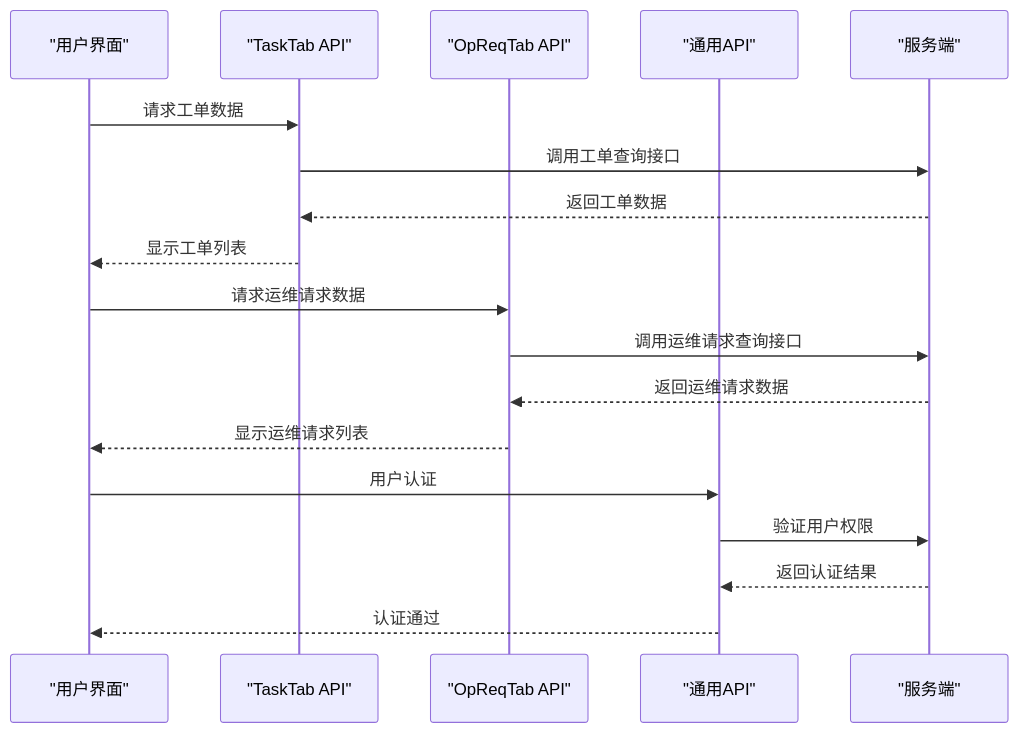
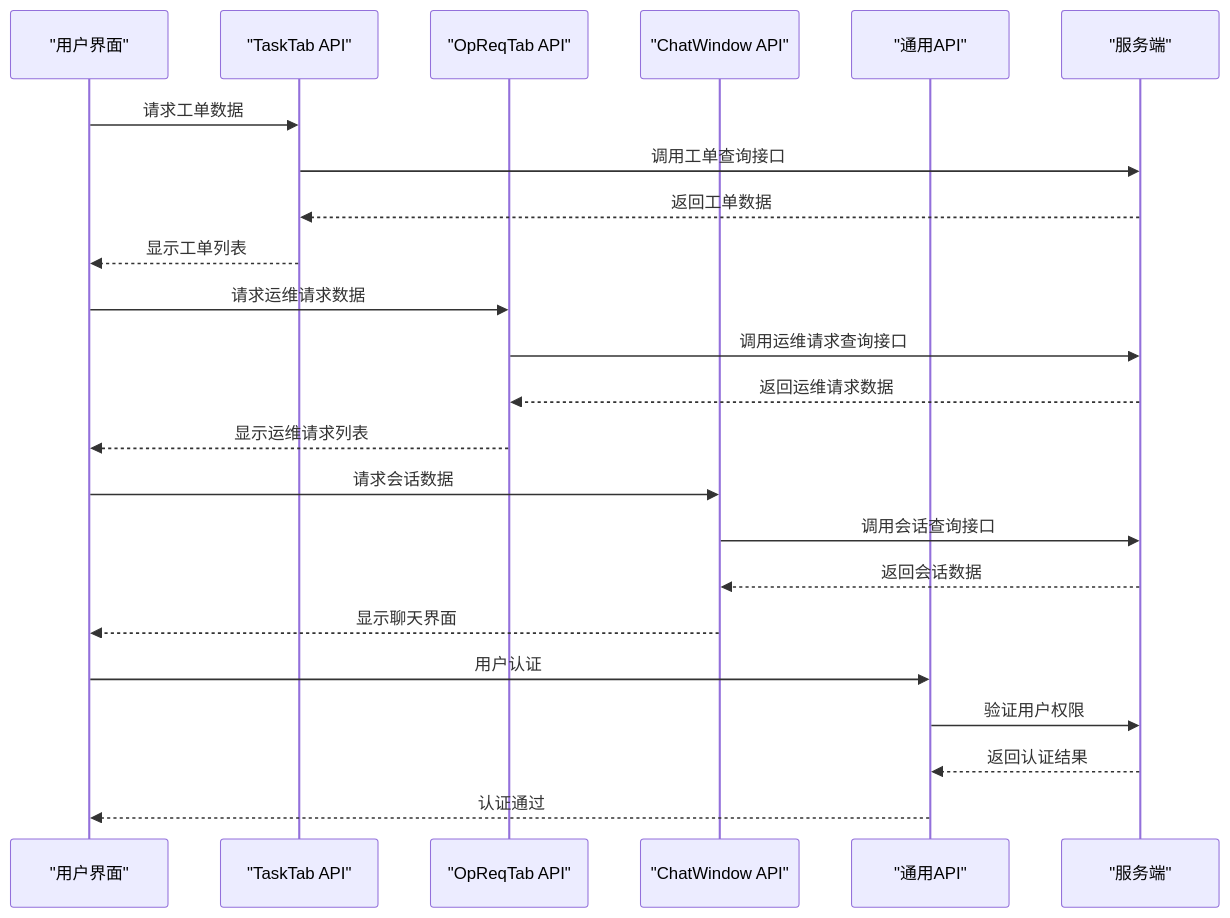
Diagram 15 of 16 in .qoder/repowiki/zh/content/核心模块/客户服务模块.md (xiaoche80s-tech/rouyi-vue-pro), drawn with Mermaid before and after one commit. The commit also changed other lines of this file and 598 other files, not shown here.

````diff
--- a/.qoder/repowiki/zh/content/核心模块/客户服务模块.md
+++ b/.qoder/repowiki/zh/content/核心模块/客户服务模块.md
@@ -478,20 +809,25 @@
 ```mermaid
 sequenceDiagram
 participant UI as "用户界面"
 participant TASK_API as "TaskTab API"
 participant OPREQ_API as "OpReqTab API"
+participant CHAT_API as "ChatWindow API"
 participant COMMON_API as "通用API"
 participant SERVER as "服务端"
 UI->>TASK_API : 请求工单数据
 TASK_API->>SERVER : 调用工单查询接口
 SERVER-->>TASK_API : 返回工单数据
 TASK_API-->>UI : 显示工单列表
 UI->>OPREQ_API : 请求运维请求数据
 OPREQ_API->>SERVER : 调用运维请求查询接口
 SERVER-->>OPREQ_API : 返回运维请求数据
 OPREQ_API-->>UI : 显示运维请求列表
+UI->>CHAT_API : 请求会话数据
+CHAT_API->>SERVER : 调用会话查询接口
+SERVER-->>CHAT_API : 返回会话数据
+CHAT_API-->>UI : 显示聊天界面
 UI->>COMMON_API : 用户认证
 COMMON_API->>SERVER : 验证用户权限
 SERVER-->>COMMON_API : 返回认证结果
 COMMON_API-->>UI : 认证通过
 ```
````
